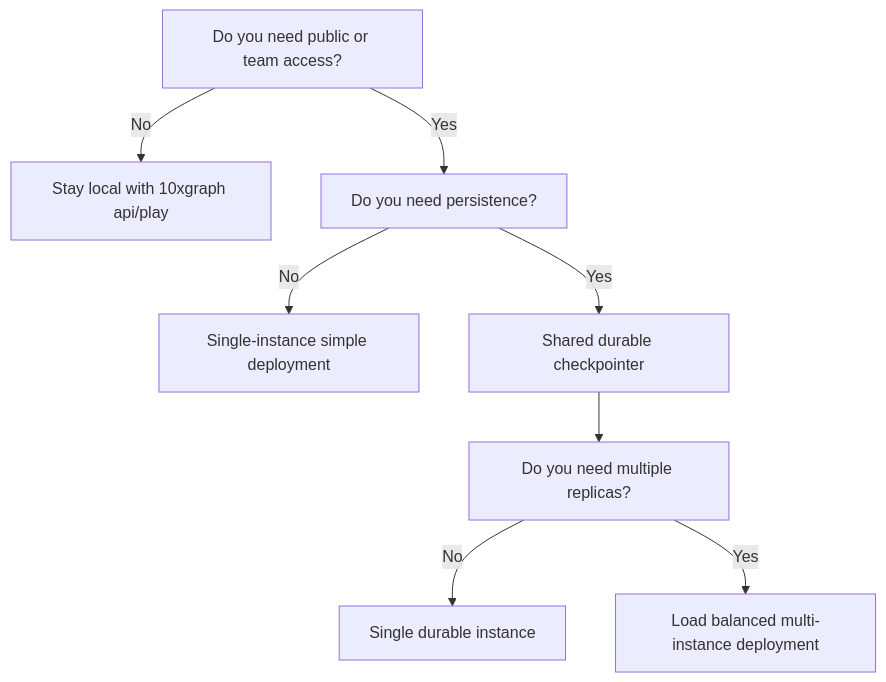
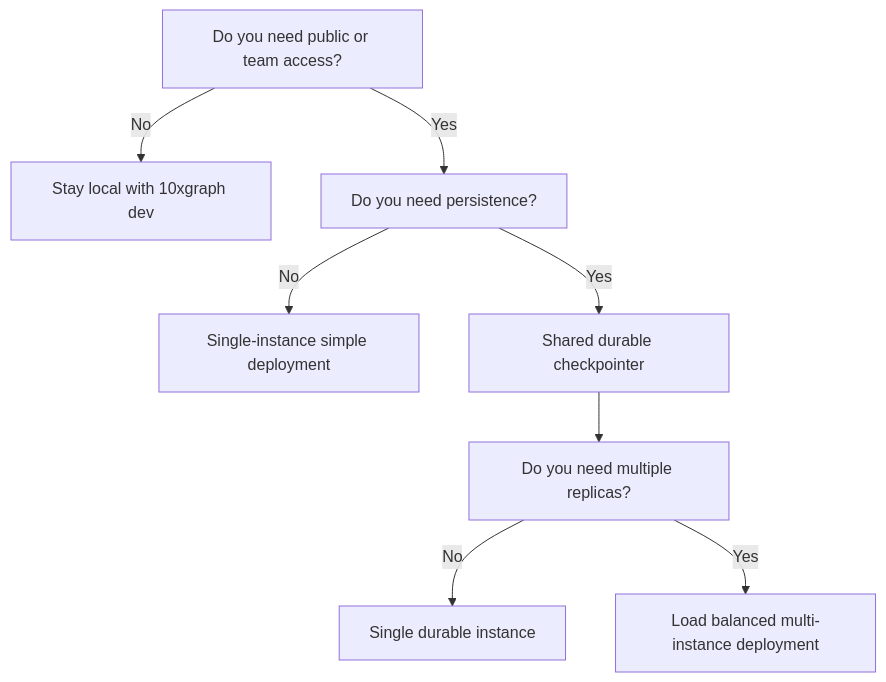
Before and after one commit to 10xGraph/10xgraph-docs: the diagram in src/content/docs/server/deploy.mdx, drawn with Mermaid. The commit also changed other lines of this file and 176 other files, not shown here.

````diff
--- a/src/content/docs/server/deploy.mdx
+++ b/src/content/docs/server/deploy.mdx
@@ -179,10 +181,10 @@
 ```mermaid
 flowchart TD
-    A[Do you need public or team access?] -->|No| B[Stay local with 10xgraph api/play]
+    A[Do you need public or team access?] -->|No| B[Stay local with 10xgraph dev]
     A -->|Yes| C[Do you need persistence?]
     C -->|No| D[Single-instance simple deployment]
     C -->|Yes| E[Shared durable checkpointer]
     E --> F[Do you need multiple replicas?]
     F -->|No| G[Single durable instance]
     F -->|Yes| H[Load balanced multi-instance deployment]
 ```
````
